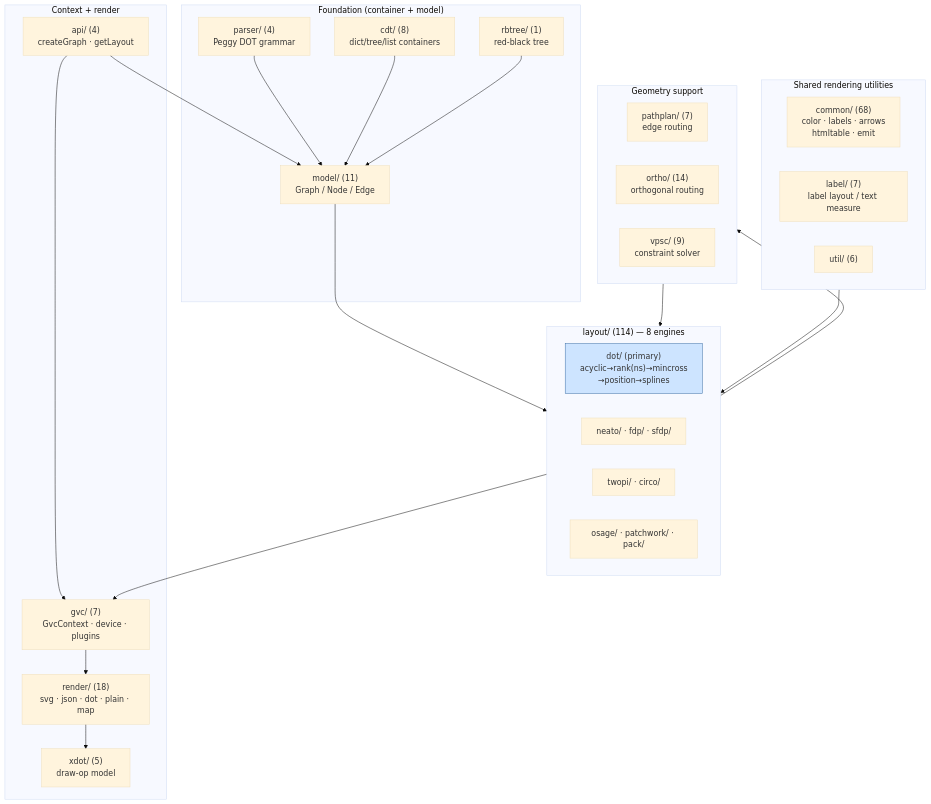
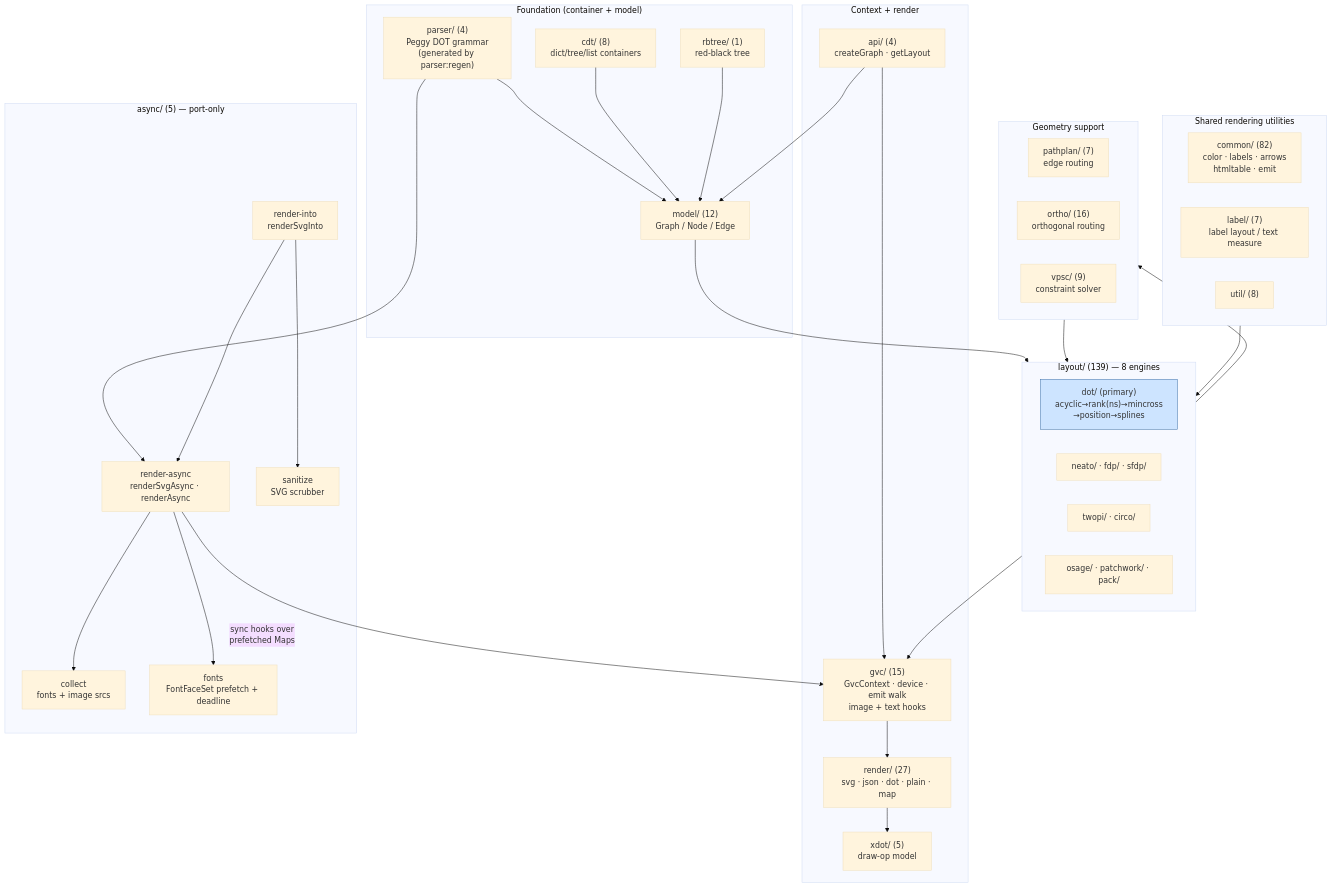
The first of 3 diagrams in docs/architecture/components.md (knowvah/dot-engine), drawn with Mermaid (base theme) before and after one commit. The commit also changed other lines of this file and 7 other files, not shown here.

First line of the commit message:
docs(T3): refresh the architecture docs for 16.1 and the async api

````diff
--- a/docs/architecture/components.md
+++ b/docs/architecture/components.md
@@ -11,50 +11,64 @@
 ```mermaid
 graph TD
     subgraph Foundation["Foundation (container + model)"]
         CDT["cdt/ (8)<br/>dict/tree/list containers"]
         RBTREE["rbtree/ (1)<br/>red-black tree"]
-        MODEL["model/ (11)<br/>Graph / Node / Edge"]
-        PARSER["parser/ (4)<br/>Peggy DOT grammar"]
+        MODEL["model/ (12)<br/>Graph / Node / Edge"]
+        PARSER["parser/ (4)<br/>Peggy DOT grammar<br/>(generated by parser:regen)"]
     end
 
     subgraph Shared["Shared rendering utilities"]
-        COMMON["common/ (68)<br/>color · labels · arrows<br/>htmltable · emit"]
+        COMMON["common/ (82)<br/>color · labels · arrows<br/>htmltable · emit"]
         LABEL["label/ (7)<br/>label layout / text measure"]
-        UTIL["util/ (6)"]
+        UTIL["util/ (8)"]
     end
 
-    subgraph LayoutEngines["layout/ (114) — 8 engines"]
+    subgraph LayoutEngines["layout/ (139) — 8 engines"]
         DOT["dot/ (primary)<br/>acyclic→rank(ns)→mincross<br/>→position→splines"]
         NEATO["neato/ · fdp/ · sfdp/"]
         RADIAL["twopi/ · circo/"]
         CLUST["osage/ · patchwork/ · pack/"]
     end
 
     subgraph Geometry["Geometry support"]
         PATHPLAN["pathplan/ (7)<br/>edge routing"]
-        ORTHO["ortho/ (14)<br/>orthogonal routing"]
+        ORTHO["ortho/ (16)<br/>orthogonal routing"]
         VPSC["vpsc/ (9)<br/>constraint solver"]
     end
 
     subgraph Output["Context + render"]
-        GVC["gvc/ (7)<br/>GvcContext · device · plugins"]
-        RENDER["render/ (18)<br/>svg · json · dot · plain · map"]
+        GVC["gvc/ (15)<br/>GvcContext · device · emit walk<br/>image + text hooks"]
+        RENDER["render/ (27)<br/>svg · json · dot · plain · map"]
         XDOT["xdot/ (5)<br/>draw-op model"]
         APILAYER["api/ (4)<br/>createGraph · getLayout"]
+    end
+
+    subgraph AsyncLayer["async/ (5) — port-only"]
+        COLLECT["collect<br/>fonts + image srcs"]
+        FONTS["fonts<br/>FontFaceSet prefetch + deadline"]
+        RAS["render-async<br/>renderSvgAsync · renderAsync"]
+        RINTO["render-into<br/>renderSvgInto"]
+        SANI["sanitize<br/>SVG scrubber"]
     end
 
     PARSER --> MODEL
     CDT --> MODEL
     RBTREE --> MODEL
     MODEL --> LayoutEngines
     LayoutEngines --> Geometry
     Geometry --> LayoutEngines
     Shared --> LayoutEngines
     LayoutEngines --> GVC
     GVC --> RENDER
     RENDER --> XDOT
     APILAYER --> MODEL
     APILAYER --> GVC
+    PARSER --> RAS
+    RAS --> COLLECT
+    RAS --> FONTS
+    RAS -->|"sync hooks over<br/>prefetched Maps"| GVC
+    RINTO --> RAS
+    RINTO --> SANI
 
     style DOT fill:#cde4ff,stroke:#3b6ea5
 ```
````
